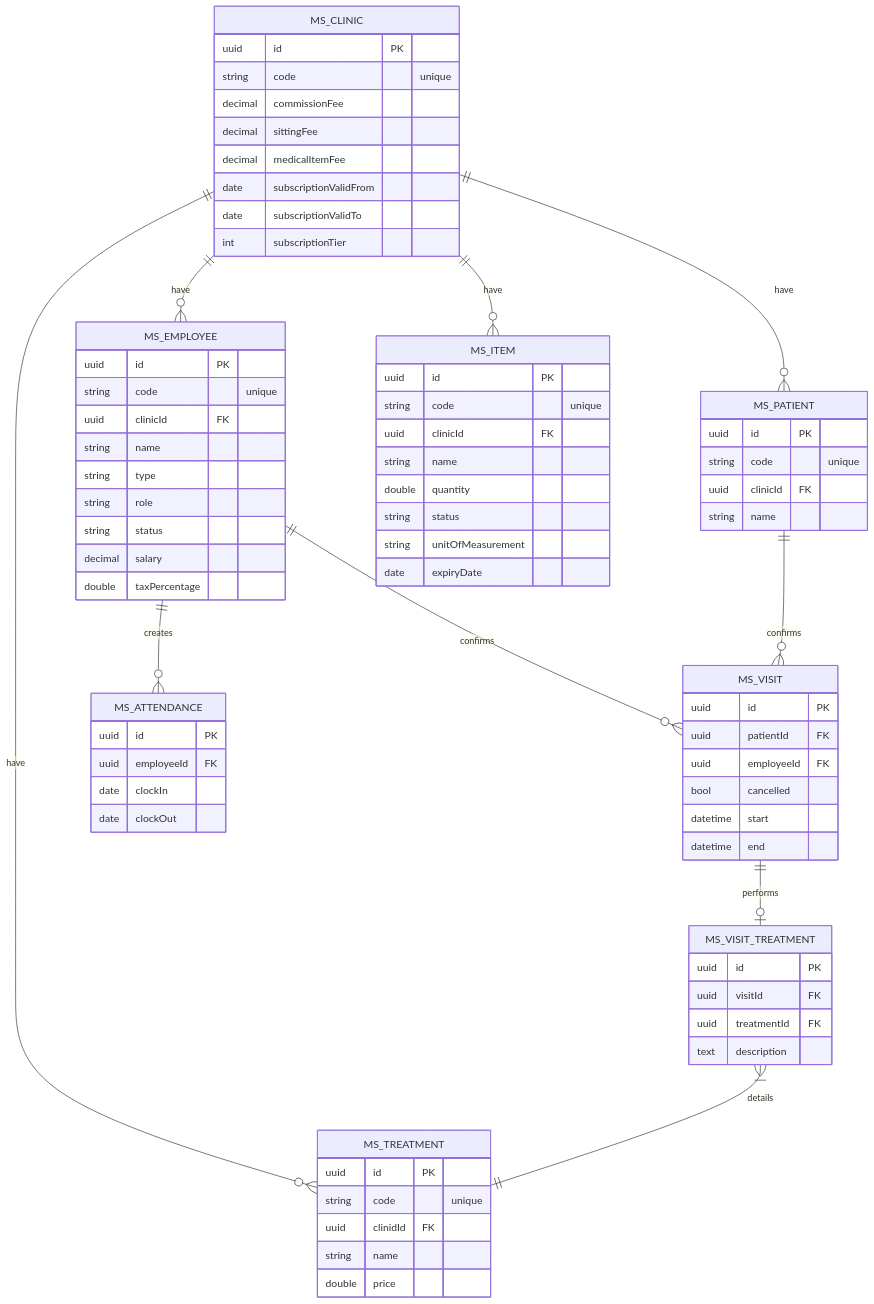
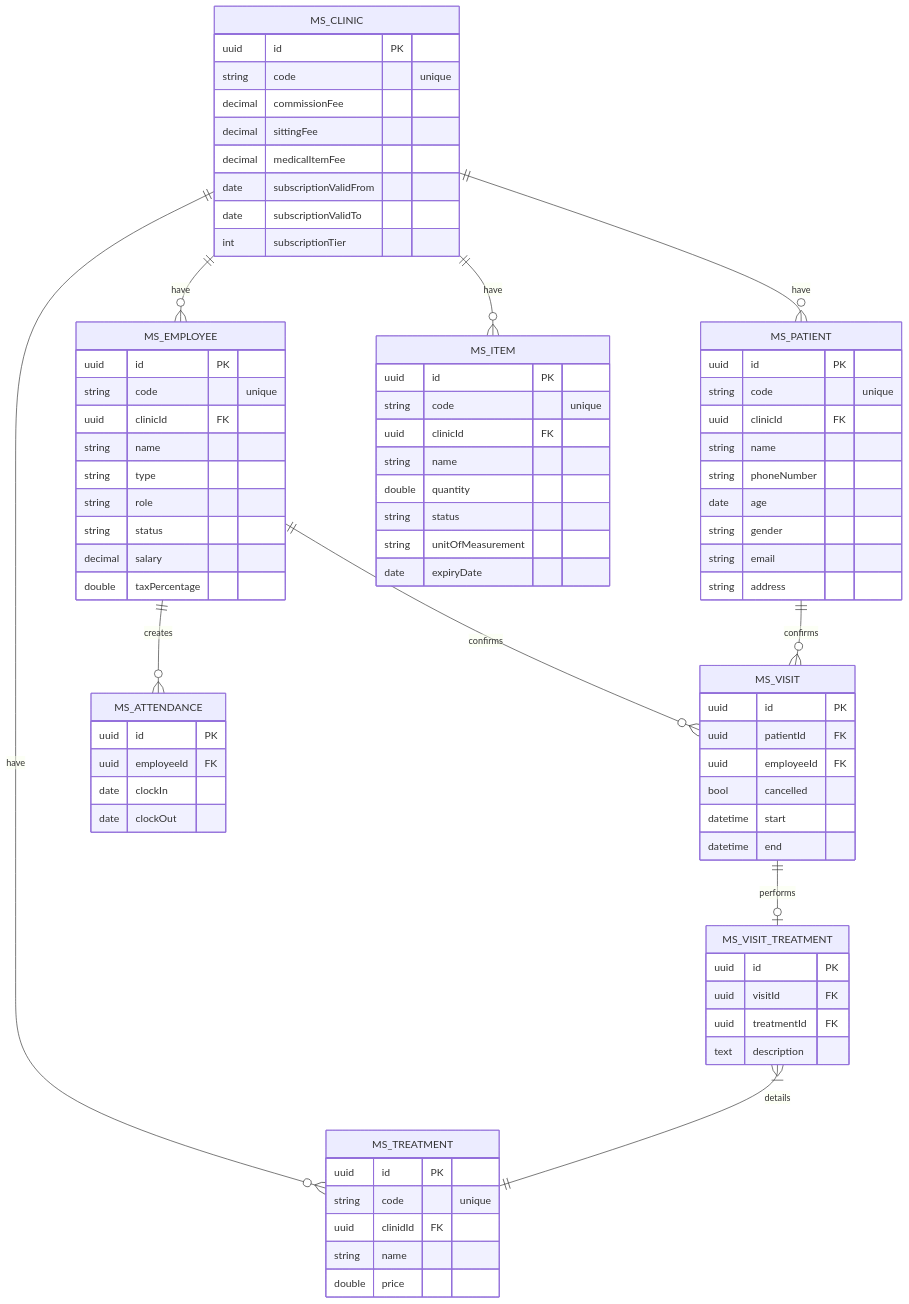
Before and after one commit to acemint/x-admin-backend: the diagram in docs/erd.md, drawn with Mermaid.

Commit message:
Update patient table.md

````diff
--- a/docs/erd.md
+++ b/docs/erd.md
@@ -1,77 +1,82 @@
 ```mermaid
 erDiagram
     MS_CLINIC ||--o{ MS_EMPLOYEE : have
     MS_CLINIC ||--o{ MS_PATIENT : have
     MS_CLINIC ||--o{ MS_TREATMENT : have
     MS_CLINIC ||--o{ MS_ITEM : have
     MS_EMPLOYEE ||--o{ MS_VISIT : confirms
     MS_EMPLOYEE ||--o{ MS_ATTENDANCE : creates
     MS_PATIENT ||--o{ MS_VISIT : confirms
     MS_VISIT ||--o| MS_VISIT_TREATMENT : performs
     MS_VISIT_TREATMENT }|--|| MS_TREATMENT : details
     
     MS_CLINIC { 
         uuid id PK
         string code "unique" 
         decimal commissionFee 
         decimal sittingFee
         decimal medicalItemFee
         date subscriptionValidFrom
         date subscriptionValidTo
         int subscriptionTier
     }
     MS_EMPLOYEE {
         uuid id PK
         string code "unique"
         uuid clinicId FK
         string name
         string type
         string role
         string status
         decimal salary
         double taxPercentage
     }
     MS_PATIENT {
         uuid id PK
         string code "unique"
         uuid clinicId FK
-        string name   
+        string name
+        string phoneNumber
+        date age
+        string gender
+        string email
+        string address
     }
     MS_VISIT {
         uuid id PK
         uuid patientId FK
         uuid employeeId FK
         bool cancelled
         datetime start
         datetime end 
     }
     MS_ATTENDANCE {
         uuid id PK
         uuid employeeId FK
         date clockIn
         date clockOut
     }
     MS_TREATMENT {
         uuid id PK
         string code "unique"
         uuid clinidId FK
         string name 
         double price
     }
     MS_ITEM {
         uuid id PK 
         string code "unique"
         uuid clinicId FK
         string name
         double quantity
         string status
         string unitOfMeasurement
         date expiryDate
     }
     MS_VISIT_TREATMENT {
         uuid id PK
         uuid visitId FK
         uuid treatmentId FK
         text description
     }
 ```
````
